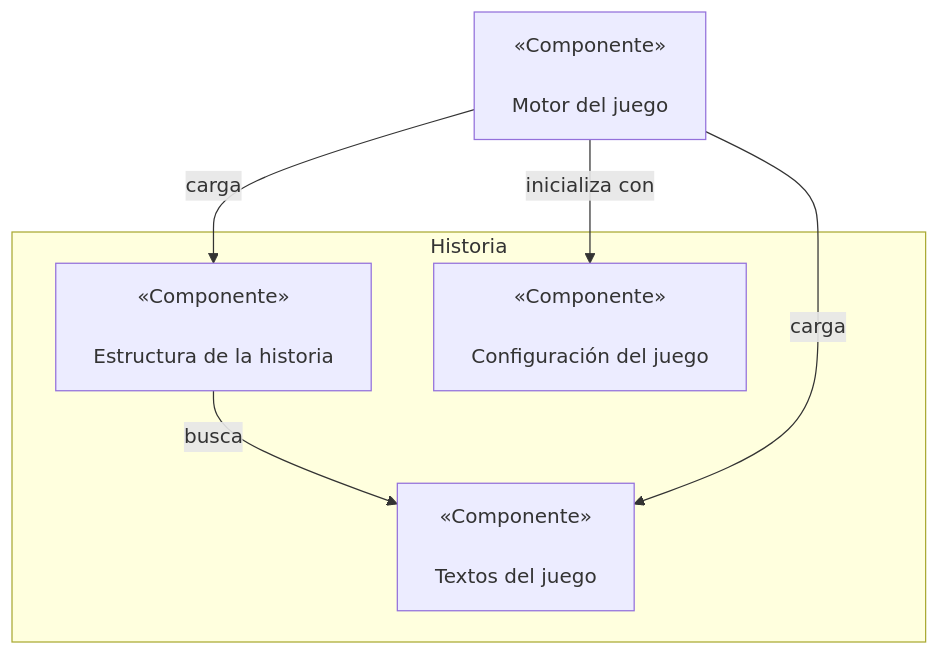
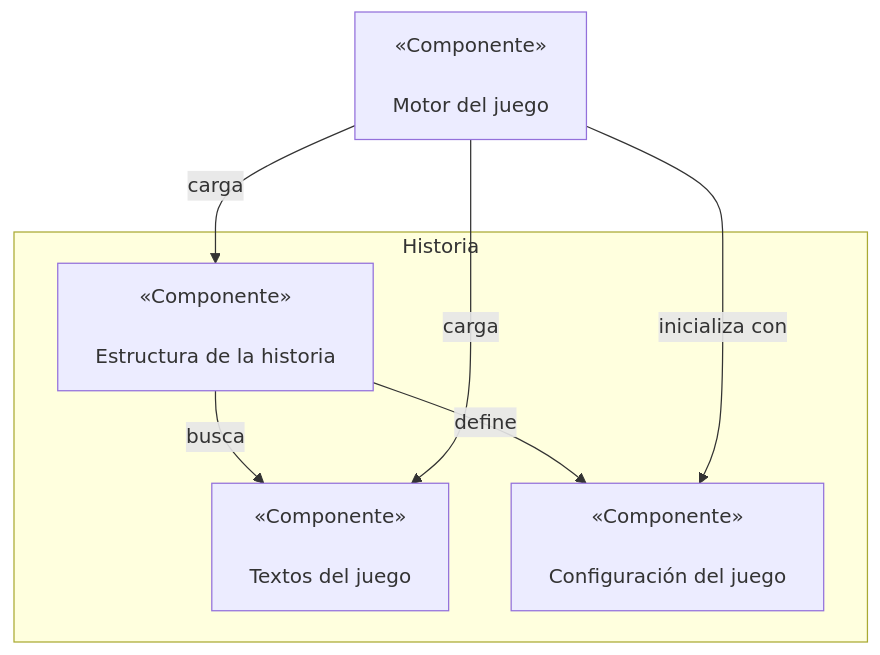
The diagram in GDD.md (tecnibus5/EscapeRoomBUS), drawn with Mermaid before and after one commit. The commit also changed other lines of this file, not shown here.

Commit message:
fix: Explicar diagrama de componentes y ampliar explicación de Elegir acción

````diff
--- a/GDD.md
+++ b/GDD.md
@@ -31,21 +31,20 @@
 ```mermaid
-
 graph TB 
     text["#171;Componente#187;<br/>
     Textos del juego"]
     story["#171;Componente#187;<br/>
     Estructura de la historia"]
     config["#171;Componente#187;<br/>
     Configuración del juego"]
     logic["#171;Componente#187;<br/>
     Motor del juego"]
 
     subgraph Historia
         story -->|busca|text
+        story -->|define|config
         config
     end
     logic -->|carga|story
     logic -->|inicializa con|config
     logic -->|carga|text
-
 ```
````
